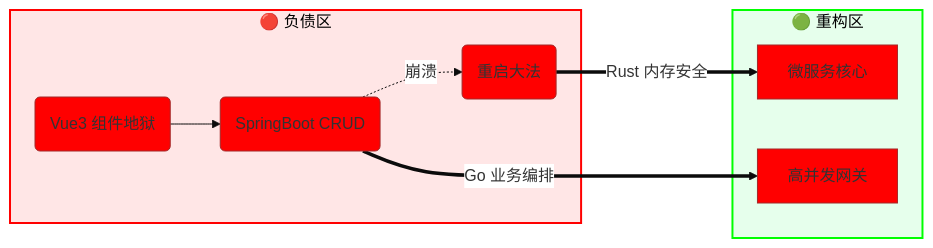
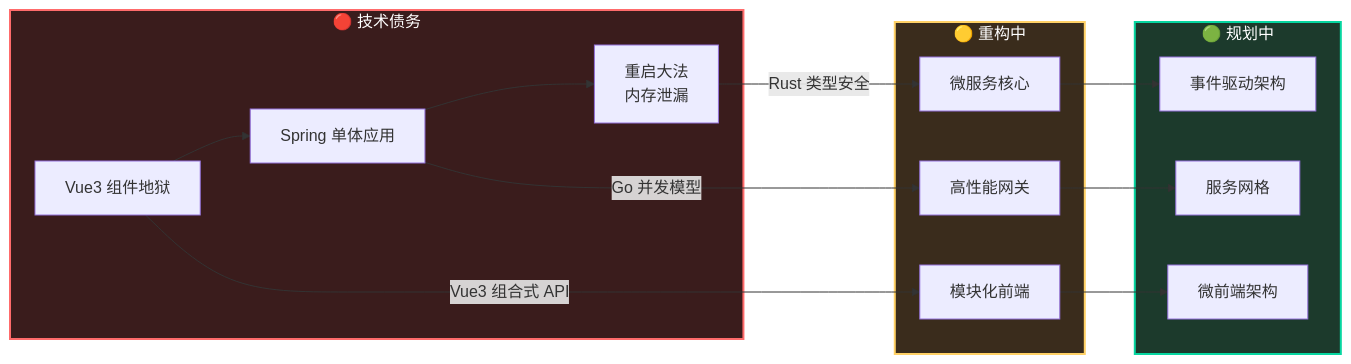
Before and after one commit to GuLuGuLu3399/GuLuGuLu3399: the diagram in README.md, drawn with Mermaid. The commit also changed other lines of this file, not shown here.

````diff
--- a/README.md
+++ b/README.md
@@ -75,17 +71,23 @@
-```mermaid
-%%{init: {'theme': 'base', 'themeVariables': { 'primaryColor': '#ff0000', 'edgeLabelBackground':'#fff', 'tertiaryColor': '#fff'}}}%%
-graph LR
-    subgraph LEGACY [🔴 负债区 ]
-        A(Vue3 组件地狱) --> B(SpringBoot CRUD)
-        B -.->|崩溃| C(重启大法)
-    end
+  ```mermaid
+  graph LR
+      subgraph LEGACY [🔴 技术债务]
+          A[Vue3 组件地狱] --> B[Spring 单体应用]
+          B --> C[重启大法<br/>内存泄漏]
+      end
 
-    subgraph FUTURE [🟢 重构区 ]
-        C ==>|Rust 内存安全| D[微服务核心]
-        B ==>|Go 业务编排| E[高并发网关]
-    end
+      subgraph IN_PROGRESS [🟡 重构中]
+          C -->|Rust 类型安全| D[微服务核心]
+          B -->|Go 并发模型| E[高性能网关]
+          A -->|Vue3 组合式 API| F[模块化前端]
+      end
 
-    style LEGACY fill:#ffe6e6,stroke:#ff0000,stroke-width:2px
-    style FUTURE fill:#e6ffec,stroke:#00ff00,stroke-width:2px
+      subgraph FUTURE [🟢 规划中]
+          D --> G[事件驱动架构]
+          E --> H[服务网格]
+          F --> I[微前端架构]
+      end
 
-```
+      style LEGACY fill:#3a1c1c,stroke:#ff6b6b,stroke-width:2px,color:#fff
+      style IN_PROGRESS fill:#3a2c1c,stroke:#ffd166,stroke-width:2px,color:#fff
+      style FUTURE fill:#1c3a2c,stroke:#06d6a0,stroke-width:2px,color:#fff
+  ```
````
